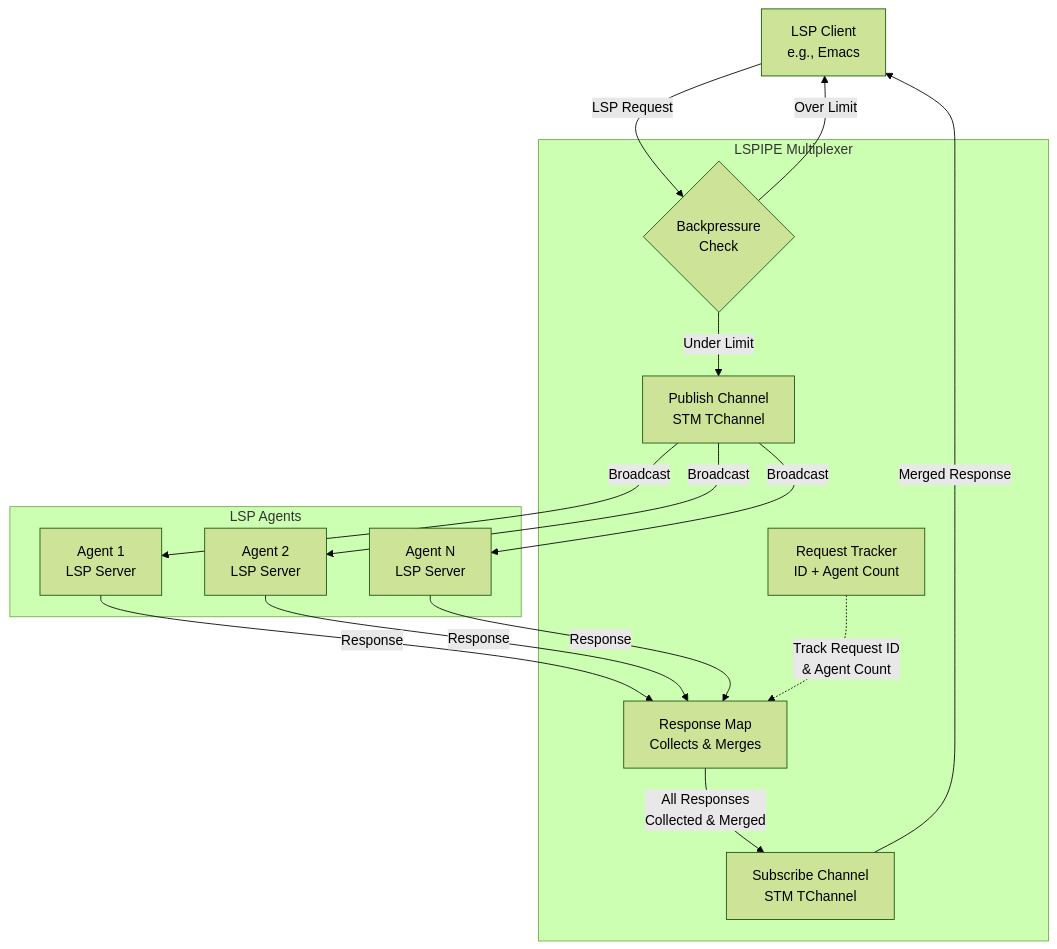
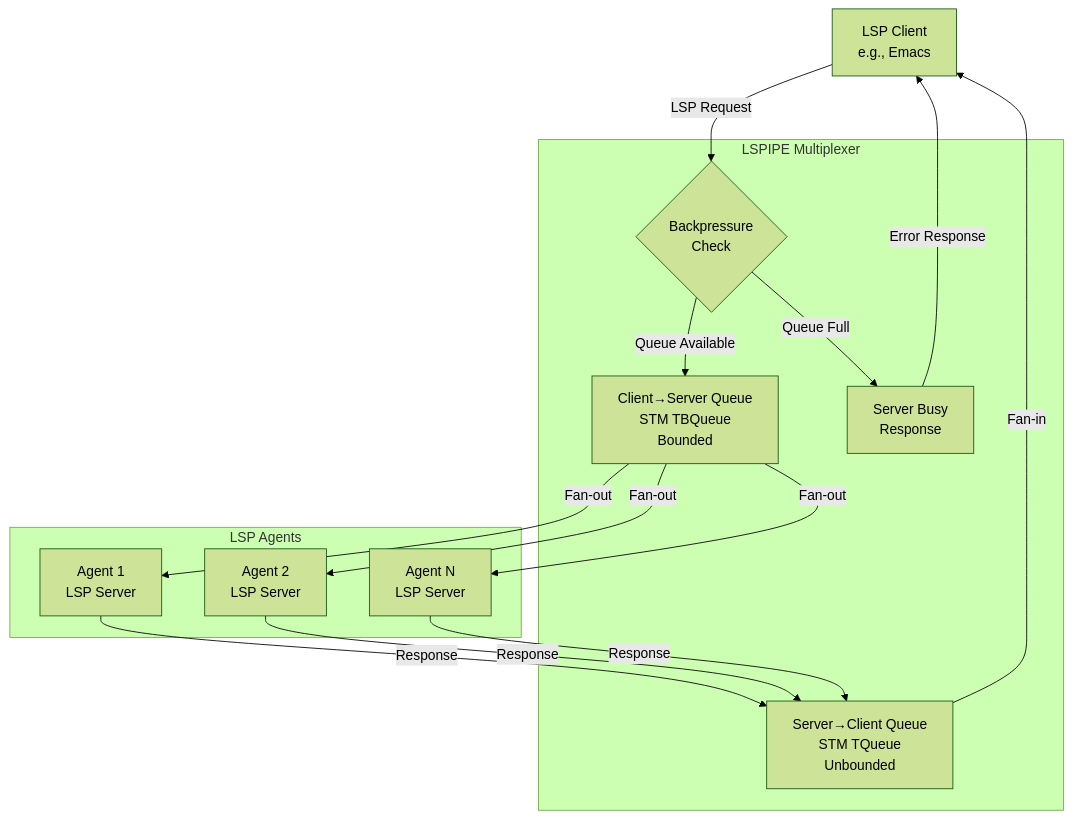
One commit to KristianAN/lspipe changed the first of 2 diagrams in README.org. Above: the diagram before and after it, drawn with Mermaid (forest theme). The commit also changed other lines of this file, not shown here.

Commit message:
docs: readme updated for queue implementation

```diff
--- a/README.org
+++ b/README.org
@@ -18,34 +18,32 @@
 #+begin_src mermaid
   graph TD
     Client[LSP Client<br/>e.g., Emacs]
 
     subgraph LSPIPE["LSPIPE Multiplexer"]
-        PubChan[Publish Channel<br/>STM TChannel]
-        SubChan[Subscribe Channel<br/>STM TChannel]
-        ReqTracker[Request Tracker<br/>ID + Agent Count]
-        ResponseMap[Response Map<br/>Collects & Merges]
+        ClientToServer[Client→Server Queue<br/>STM TBQueue<br/>Bounded]
+        ServerToClient[Server→Client Queue<br/>STM TQueue<br/>Unbounded]
         BackPressure{Backpressure<br/>Check}
+        BusyResponse[Server Busy<br/>Response]
     end
 
     subgraph Agents["LSP Agents"]
         Agent1[Agent 1<br/>LSP Server]
         Agent2[Agent 2<br/>LSP Server]
         Agent3[Agent N<br/>LSP Server]
     end
 
     Client -->|LSP Request| BackPressure
-    BackPressure -->|Under Limit| PubChan
-    BackPressure -->|Over Limit| Client
-    PubChan -->|Broadcast| Agent1
-    PubChan -->|Broadcast| Agent2
-    PubChan -->|Broadcast| Agent3
+    BackPressure -->|Queue Full| BusyResponse
+    BusyResponse -->|Error Response| Client
+    BackPressure -->|Queue Available| ClientToServer
+    
+    ClientToServer -->|Fan-out| Agent1
+    ClientToServer -->|Fan-out| Agent2
+    ClientToServer -->|Fan-out| Agent3
 
-    Agent1 -->|Response| ResponseMap
-    Agent2 -->|Response| ResponseMap
-    Agent3 -->|Response| ResponseMap
+    Agent1 -->|Response| ServerToClient
+    Agent2 -->|Response| ServerToClient
+    Agent3 -->|Response| ServerToClient
 
-    ResponseMap -->|All Responses<br/>Collected & Merged| SubChan
-    SubChan -->|Merged Response| Client
-
-    ReqTracker -.->|Track Request ID<br/>& Agent Count| ResponseMap
+    ServerToClient -->|Fan-in| Client
 #+end_src
```
